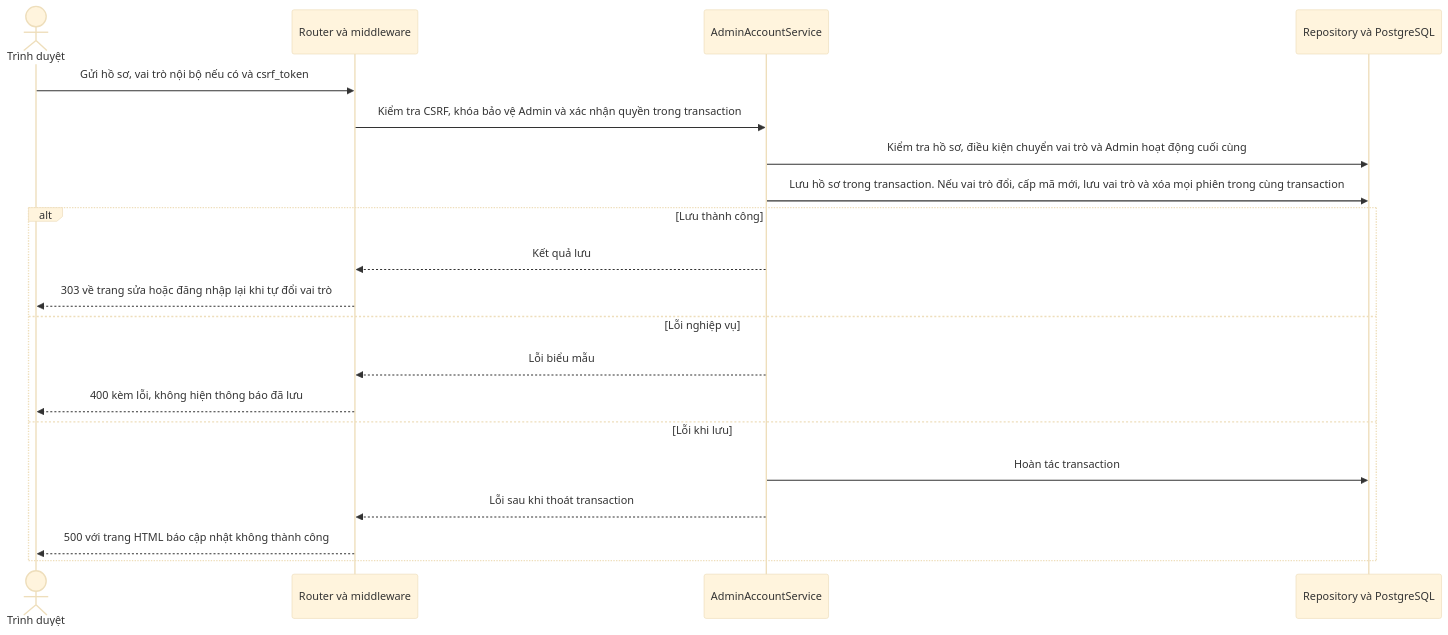
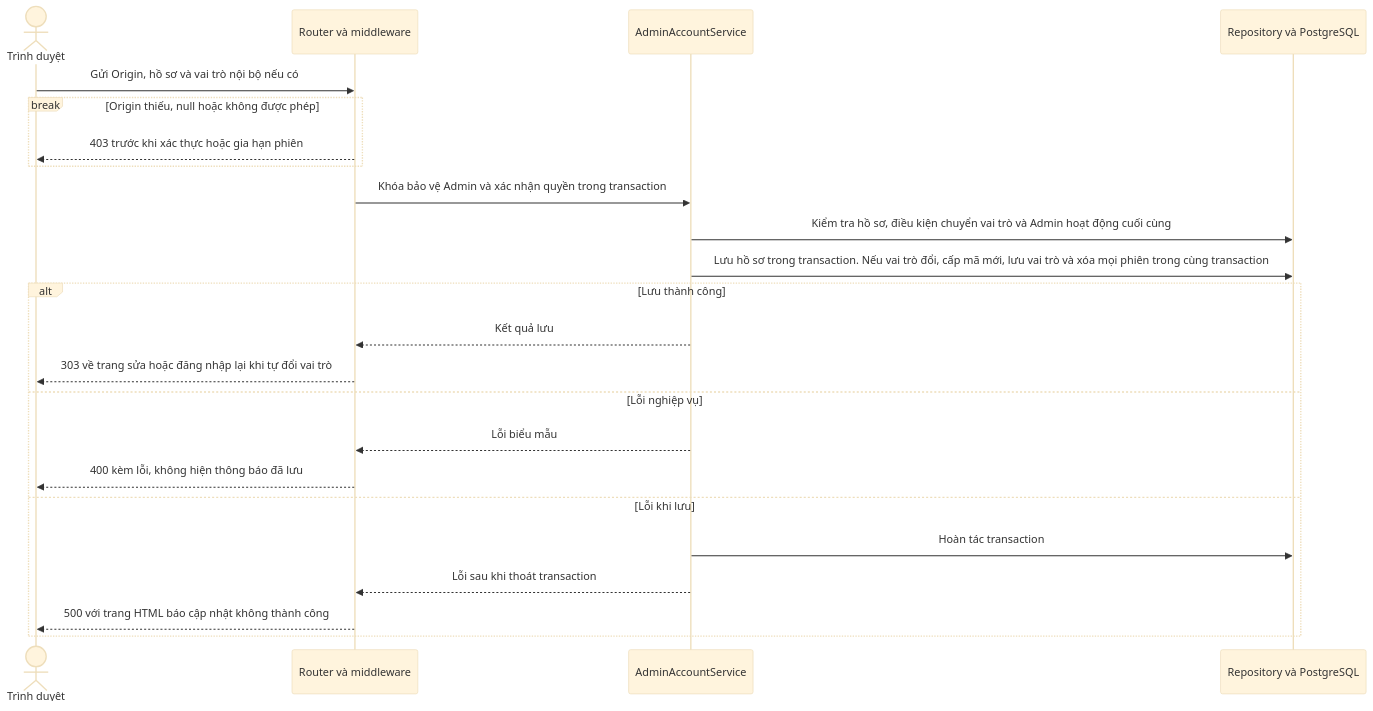
One commit to thanhklt/sobie-swimwear-e-commerce changed the diagram in docs/sequence/identity/post-admin-accounts-key-edit.md. Above: the diagram before and after it, drawn with Mermaid (base theme). The commit also changed 27 other files, not shown here.

First line of the commit message:
refactor(identity): drop CSRF token, enforce Origin on all write requests

````diff
--- a/docs/sequence/identity/post-admin-accounts-key-edit.md
+++ b/docs/sequence/identity/post-admin-accounts-key-edit.md
@@ -5,22 +5,25 @@
 ```mermaid
 sequenceDiagram
     actor Browser as Trình duyệt
     participant Route as Router và middleware
     participant Service as AdminAccountService
     participant Data as Repository và PostgreSQL
-    Browser->>Route: Gửi hồ sơ, vai trò nội bộ nếu có và csrf_token
-    Route->>Service: Kiểm tra CSRF, khóa bảo vệ Admin và xác nhận quyền trong transaction
+    Browser->>Route: Gửi Origin, hồ sơ và vai trò nội bộ nếu có
+    break Origin thiếu, null hoặc không được phép
+        Route-->>Browser: 403 trước khi xác thực hoặc gia hạn phiên
+    end
+    Route->>Service: Khóa bảo vệ Admin và xác nhận quyền trong transaction
     Service->>Data: Kiểm tra hồ sơ, điều kiện chuyển vai trò và Admin hoạt động cuối cùng
     Service->>Data: Lưu hồ sơ trong transaction. Nếu vai trò đổi, cấp mã mới, lưu vai trò và xóa mọi phiên trong cùng transaction
     alt Lưu thành công
         Service-->>Route: Kết quả lưu
         Route-->>Browser: 303 về trang sửa hoặc đăng nhập lại khi tự đổi vai trò
     else Lỗi nghiệp vụ
         Service-->>Route: Lỗi biểu mẫu
         Route-->>Browser: 400 kèm lỗi, không hiện thông báo đã lưu
     else Lỗi khi lưu
         Service->>Data: Hoàn tác transaction
         Service-->>Route: Lỗi sau khi thoát transaction
         Route-->>Browser: 500 với trang HTML báo cập nhật không thành công
     end
 ```
````
